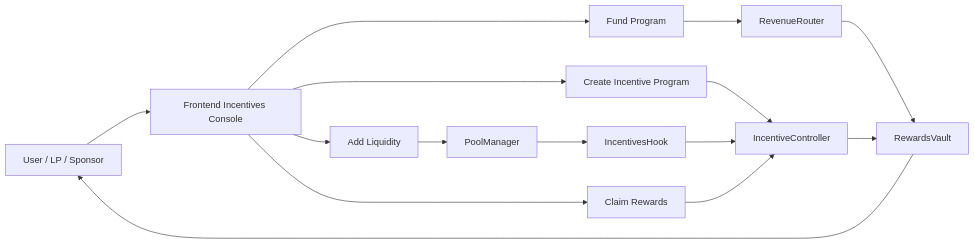
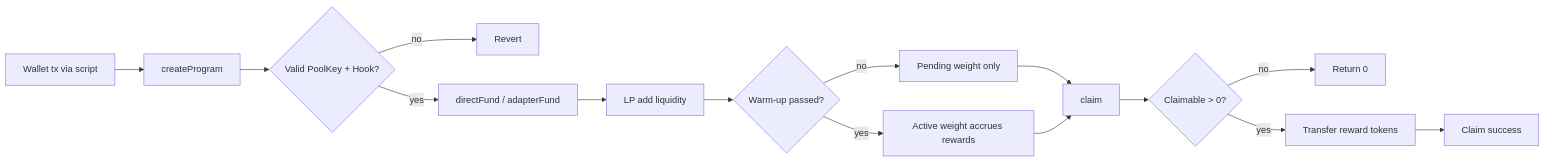
One commit to blue-benz/ERD-Hook changed the first of 3 diagrams in README.md. Above: the diagram before and after it, drawn with Mermaid. The commit also changed other lines of this file and 1 other file, not shown here.

````diff
--- a/README.md
+++ b/README.md
@@ -67,18 +57,17 @@
 ```mermaid
 flowchart LR
-  User[User / LP / Sponsor] --> UI[Frontend Incentives Console]
-  UI --> Create[Create Incentive Program]
-  UI --> Fund[Fund Program]
-  UI --> LPIn[Add Liquidity]
-  UI --> Claim[Claim Rewards]
-
-  Create --> Controller[IncentiveController]
-  Fund --> Router[RevenueRouter]
-  Router --> Vault[RewardsVault]
-  LPIn --> PM[PoolManager]
-  PM --> Hook[IncentivesHook]
-  Hook --> Controller
-  Claim --> Controller
-  Controller --> Vault
-  Vault --> User
+  Start[Wallet tx via script] --> Create[createProgram]
+  Create --> CheckProgram{Valid PoolKey + Hook?}
+  CheckProgram -- no --> RevertProgram[Revert]
+  CheckProgram -- yes --> Fund[directFund / adapterFund]
+  Fund --> LPJoin[LP add liquidity]
+  LPJoin --> Active{Warm-up passed?}
+  Active -- no --> Pending[Pending weight only]
+  Active -- yes --> Eligible[Active weight accrues rewards]
+  Pending --> ClaimAttempt[claim]
+  Eligible --> ClaimAttempt
+  ClaimAttempt --> ClaimCheck{Claimable > 0?}
+  ClaimCheck -- no --> ZeroOut[Return 0]
+  ClaimCheck -- yes --> Transfer[Transfer reward tokens]
+  Transfer --> Success[Claim success]
 ```
````
